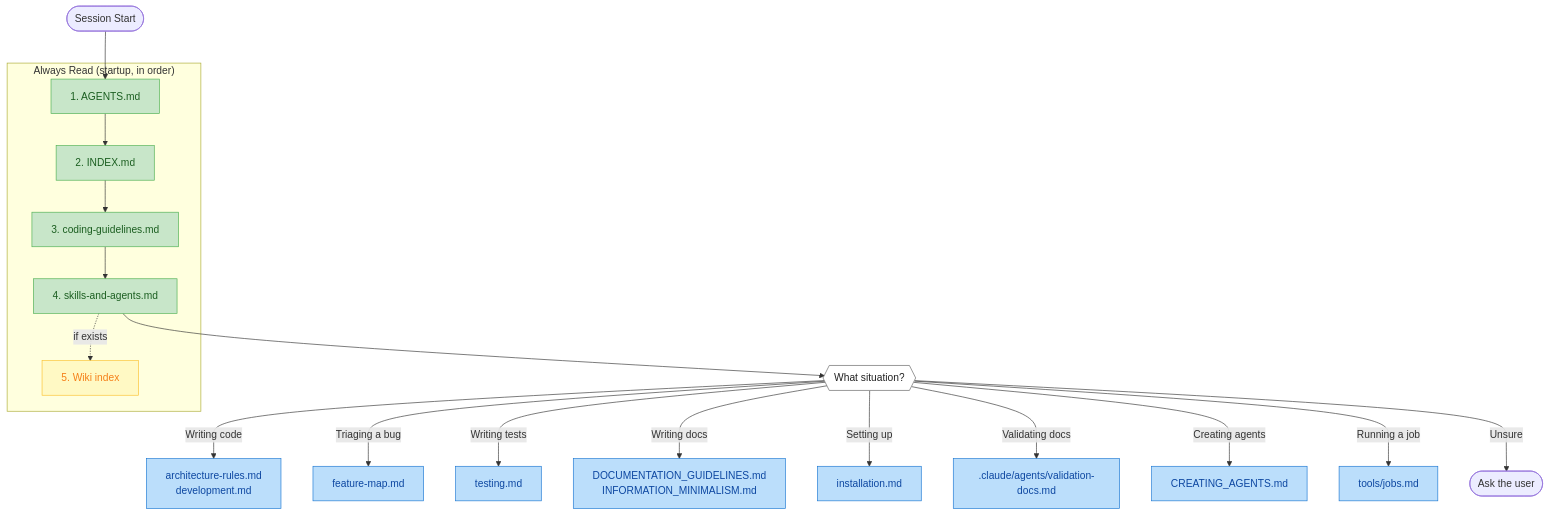
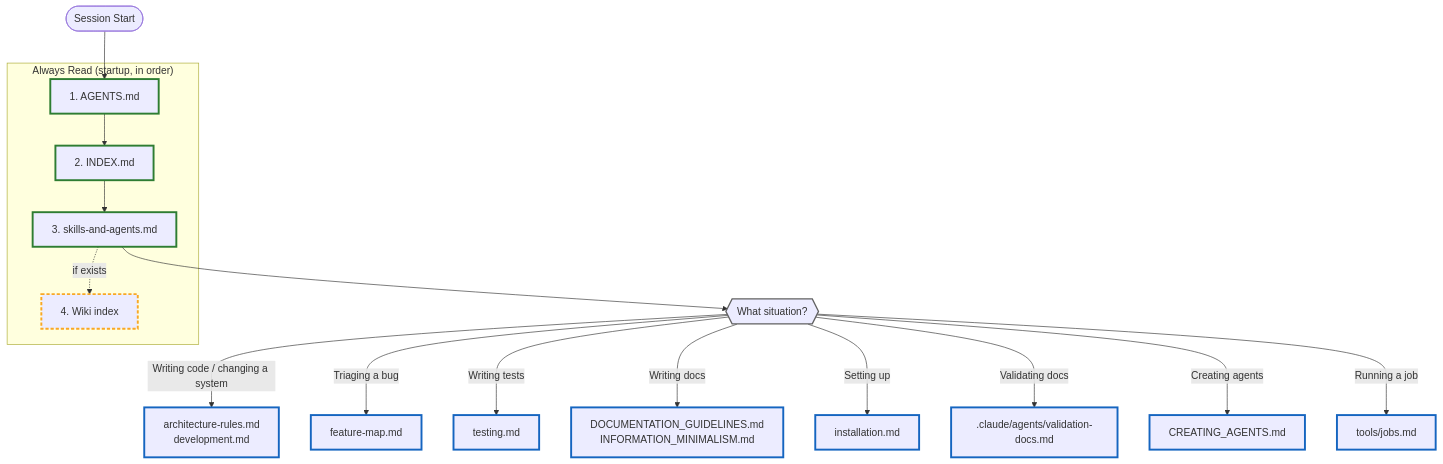
One commit to noskule-cc/SiteMapper changed the diagram in docs/AGENTS.md. Above: the diagram before and after it, drawn with Mermaid. The commit also changed other lines of this file and 19 other files, not shown here.

````diff
--- a/docs/AGENTS.md
+++ b/docs/AGENTS.md
@@ -46,33 +43,34 @@
 ```mermaid
 flowchart TD
     START([Session Start]) --> M1
 
     subgraph startup ["Always Read (startup, in order)"]
         M1["1. AGENTS.md"] --> M2["2. INDEX.md"]
-        M2 --> M3["3. coding-guidelines.md"]
-        M3 --> M4["4. skills-and-agents.md"]
-        M4 -.->|if exists| M5["5. Wiki index"]
+        M2 --> M3["3. skills-and-agents.md"]
+        M3 -.->|if exists| M4["4. Wiki index"]
     end
 
-    M4 --> SIT{{"What situation?"}}
+    M3 --> SIT{{"What situation?"}}
 
-    SIT -->|"Writing code"| CODE["architecture-rules.md<br>development.md"]
+    SIT -->|"Writing code / changing a system"| CODE["architecture-rules.md<br>development.md"]
     SIT -->|"Triaging a bug"| TRIAGE["feature-map.md"]
     SIT -->|"Writing tests"| TEST["testing.md"]
     SIT -->|"Writing docs"| DOCS["DOCUMENTATION_GUIDELINES.md<br>INFORMATION_MINIMALISM.md"]
     SIT -->|"Setting up"| SETUP["installation.md"]
     SIT -->|"Validating docs"| VDOC[".claude/agents/validation-docs.md"]
     SIT -->|"Creating agents"| AREADME["CREATING_AGENTS.md"]
     SIT -->|"Running a job"| JOBS["tools/jobs.md"]
-    SIT -->|"Unsure"| USER(["Ask the user"])
 
-    classDef always fill:#c8e6c9,stroke:#4caf50,color:#1b5e20
-    classDef optional fill:#fff9c4,stroke:#fbc02d,color:#f57f17
-    classDef conditional fill:#bbdefb,stroke:#1976d2,color:#0d47a1
-    classDef decision fill:#fff,stroke:#616161,color:#212121
+    %% Stroke only - never fill/color. A hardcoded fill is a light-mode
+    %% assumption: the renderer's dark theme still supplies a light label
+    %% color, and the label washes out. Strokes read in both themes.
+    classDef always stroke:#2e7d32,stroke-width:3px
+    classDef optional stroke:#f9a825,stroke-width:3px,stroke-dasharray:5 3
+    classDef conditional stroke:#1565c0,stroke-width:3px
+    classDef decision stroke:#616161,stroke-width:2px
 
-    class M1,M2,M3,M4 always
-    class M5 optional
+    class M1,M2,M3 always
+    class M4 optional
     class CODE,TRIAGE,TEST,DOCS,SETUP,VDOC,AREADME,JOBS conditional
     class SIT decision
 ```
````
